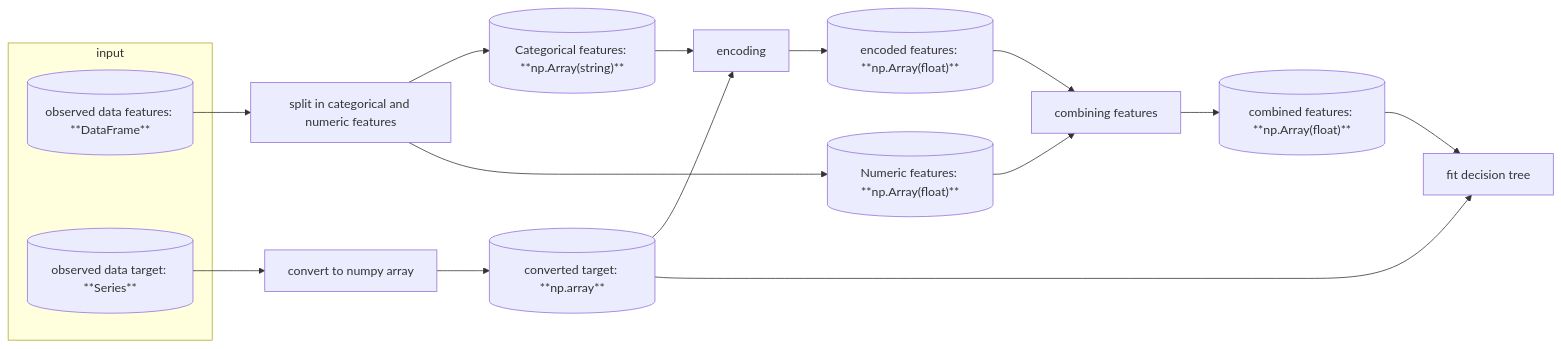
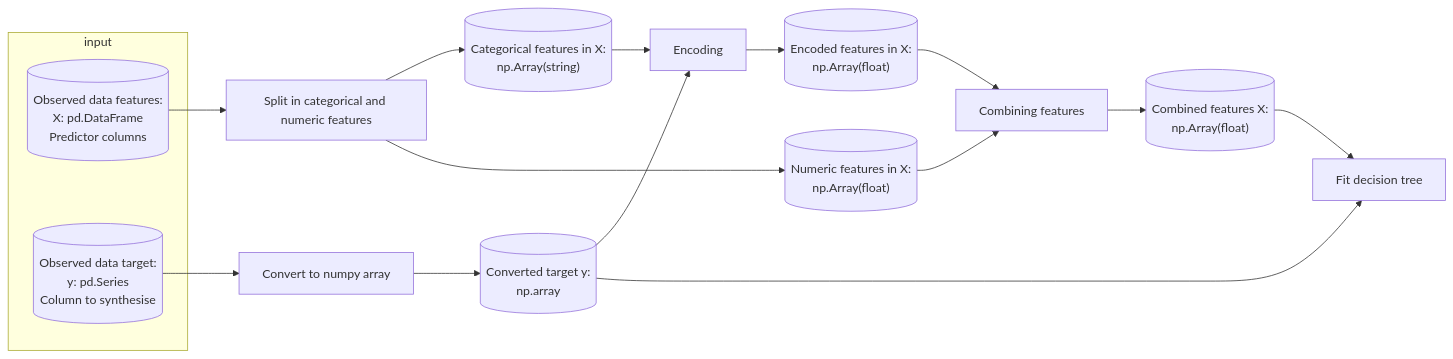
Before and after one commit to duonl/synthpop-py: the ninth of 9 diagrams in docs/source/developer/way_of_working/dataflowdiagram.md, drawn with Mermaid. The commit also changed other lines of this file, not shown here.

Commit message:
update existing diagrams and add missing value handling

````diff
--- a/docs/source/developer/way_of_working/dataflowdiagram.md
+++ b/docs/source/developer/way_of_working/dataflowdiagram.md
@@ -257,24 +494,24 @@
 ```{mermaid}
 ---
 zoom:
 ---
 flowchart LR
 
 subgraph input
-obs_features[("observed data features: **DataFrame**")]
-obs_target[("observed data target: **Series**")]
+FEATURES[("Observed data features:<br/>X: pd.DataFrame<br/>Predictor columns")]
+TARGET[("Observed data target:<br/>y: pd.Series<br/>Column to synthesise")]
 end
-obs_features-->homogenise["split in categorical and numeric features"]
+FEATURES-->homogenise["Split in categorical and numeric features"]
 
-homogenise-->cat_f[("Categorical features: **np.Array(string)**")]
-homogenise-->num_f[("Numeric features: **np.Array(float)**")]
+homogenise-->cat_f[("Categorical features in X:<br/>np.Array(string)")]
+homogenise-->num_f[("Numeric features in X:<br/>np.Array(float)")]
 
-cat_f-->encoding["encoding"]
-obs_target-->to_np["convert to numpy array"] -->np_target[("converted target: **np.array**")]
-np_target -->encoding --> encoded_features[("encoded features: **np.Array(float)**")]-->combining_features["combining features"]
-num_f -->combining_features-->combined_features[("combined features: **np.Array(float)**")]
+cat_f-->encoding["Encoding"]
+TARGET-->to_np["Convert to numpy array"] --> np_target[("Converted target y:<br/>np.array")]
+np_target --> encoding --> encoded_features[("Encoded features in X:<br/>np.Array(float)")]--> combining_features["Combining features"]
+num_f -->combining_features-->combined_features[("Combined features X:<br/>np.Array(float)")]
 
-combined_features-->fit_tree["fit decision tree"]
+combined_features-->fit_tree["Fit decision tree"]
 np_target-->fit_tree
 
 ```
````
